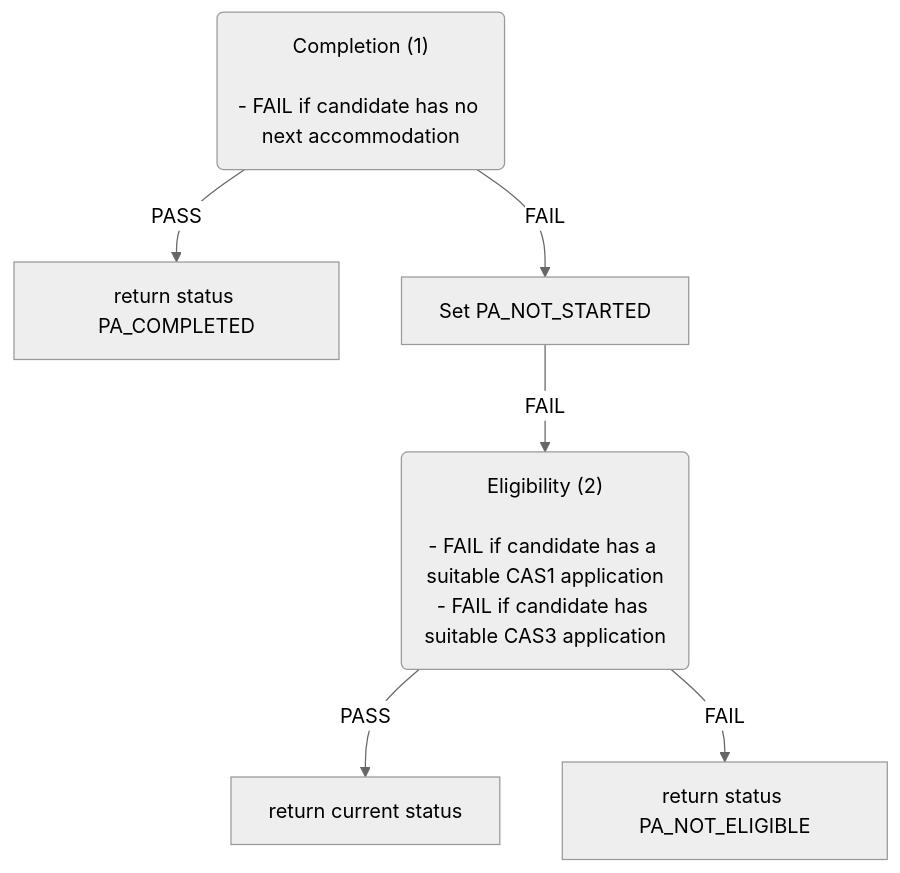
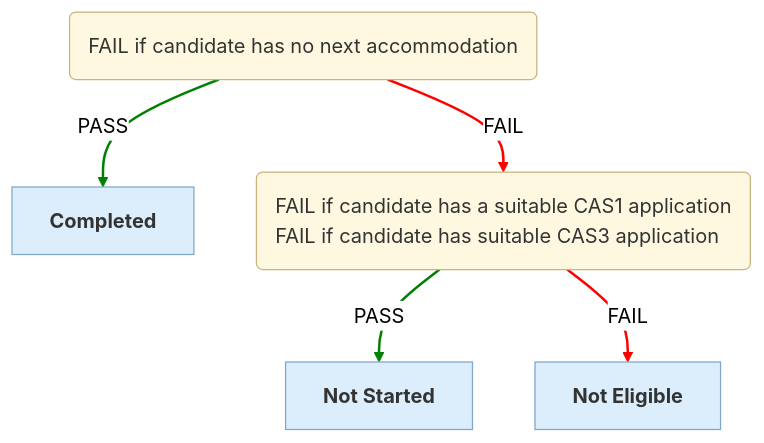
One commit to ministryofjustice/hmpps-single-accommodation-service-api changed the sixth of 6 diagrams in docs/eligibility-rules-graph.md. Above: the diagram before and after it, drawn with Mermaid (neutral theme). The commit also changed other lines of this file and 20 other files, not shown here.

Commit message:
chore/SAS-1532-Use-UI-statuses-in-graph-instead-of-enums

````diff
--- a/docs/eligibility-rules-graph.md
+++ b/docs/eligibility-rules-graph.md
@@ -507,19 +564,21 @@
 ```mermaid
+%%{init: {"flowchart": {"wrappingWidth": 800}}}%%
 flowchart TD
-  Completion("Completion (1)
-
-- FAIL if candidate has no next accommodation")
-  return_status_PA_COMPLETED["return status PA_COMPLETED"]
-  Set_PA_NOT_STARTED["Set PA_NOT_STARTED"]
-  Eligibility("Eligibility (2)
-
-- FAIL if candidate has a suitable CAS1 application
-- FAIL if candidate has suitable CAS3 application")
-  return_current_status["return current status"]
-  return_status_PA_NOT_ELIGIBLE["return status PA_NOT_ELIGIBLE"]
-  Completion -->|PASS| return_status_PA_COMPLETED
-  Completion -->|FAIL| Set_PA_NOT_STARTED
-  Eligibility -->|PASS| return_current_status
-  Eligibility -->|FAIL| return_status_PA_NOT_ELIGIBLE
-  Set_PA_NOT_STARTED -->|FAIL| Eligibility
+  Completion("<div style='text-align:left'>FAIL if candidate has no next accommodation</div>")
+  PA_COMPLETED["<b>Completed</b>"]
+  Eligibility("<div style='text-align:left'>FAIL if candidate has a suitable CAS1 application
+FAIL if candidate has suitable CAS3 application</div>")
+  PA_NOT_STARTED["<b>Not Started</b>"]
+  PA_NOT_ELIGIBLE["<b>Not Eligible</b>"]
+  Completion -->|PASS| PA_COMPLETED
+  Eligibility -->|PASS| PA_NOT_STARTED
+  Eligibility -->|FAIL| PA_NOT_ELIGIBLE
+  Completion -->|FAIL| Eligibility
+  linkStyle 0,1 stroke:green,stroke-width:2px
+  linkStyle 2,3 stroke:red,stroke-width:2px
+  classDef ruleSetNode fill:#FFF8E1,stroke:#C9B37E,color:#333
+  classDef outcomeNode fill:#DCEEFB,stroke:#7FA7C9,color:#333
+  classDef updaterNode fill:#EDE7F6,stroke:#A99BC9,color:#333
+  class Completion,Eligibility ruleSetNode
+  class PA_COMPLETED,PA_NOT_STARTED,PA_NOT_ELIGIBLE outcomeNode
 ```
````
